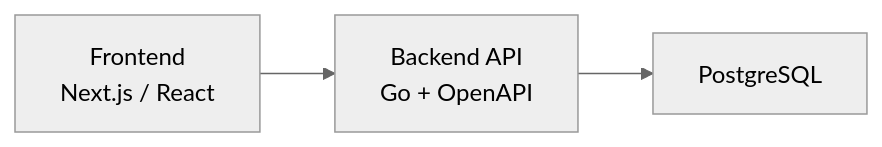
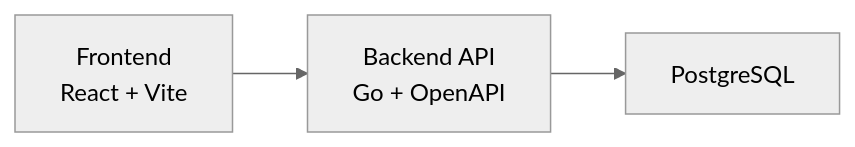
One commit to sho11decade/My_Novel-Platform_21 changed the first of 4 diagrams in docs/architecture.md. Above: the diagram before and after it, drawn with Mermaid (neutral theme). The commit also changed other lines of this file, not shown here.

````diff
--- a/docs/architecture.md
+++ b/docs/architecture.md
@@ -93,5 +86,5 @@
 ```mermaid
 flowchart LR
-    A["Frontend<br/>Next.js / React"] --> B["Backend API<br/>Go + OpenAPI"]
+    A["Frontend<br/>React + Vite"] --> B["Backend API<br/>Go + OpenAPI"]
     B --> C["PostgreSQL"]
 ```
````
